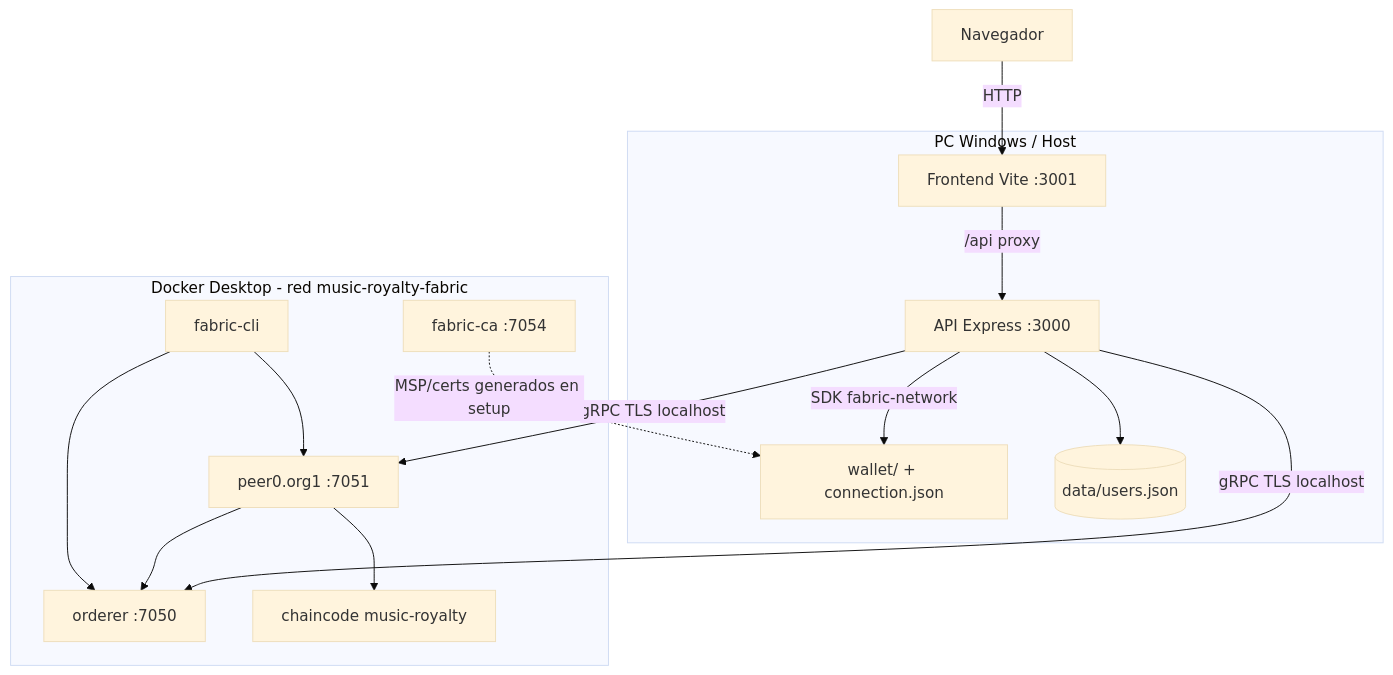
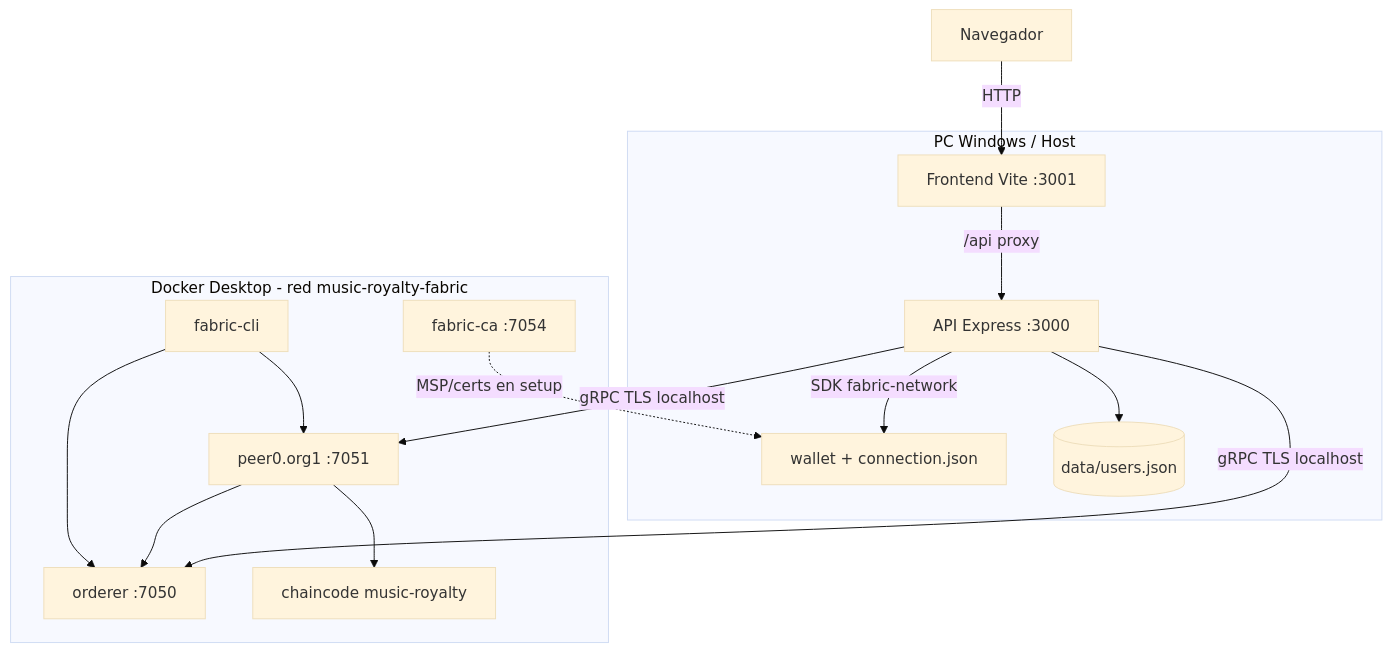
Before and after one commit to Mianjoy/Blockchain-Musical-: the first of 5 diagrams in README.md, drawn with Mermaid (base theme). The commit also changed other lines of this file and 20 other files, not shown here.

````diff
--- a/README.md
+++ b/README.md
@@ -49,29 +49,29 @@
 ```mermaid
 flowchart TB
-  subgraph host [PC Windows / Host]
-    UI[Frontend Vite :3001]
-    API[API Express :3000]
-    Wallet[wallet/ + connection.json]
-    Users[(data/users.json)]
+  subgraph host["PC Windows / Host"]
+    UI["Frontend Vite :3001"]
+    API["API Express :3000"]
+    Wallet["wallet + connection.json"]
+    Users[("data/users.json")]
   end
 
-  subgraph docker [Docker Desktop - red music-royalty-fabric]
-    CA[fabric-ca :7054]
-    ORD[orderer :7050]
-    PEER[peer0.org1 :7051]
-    CLI[fabric-cli]
-    CC[chaincode music-royalty]
+  subgraph docker["Docker Desktop - red music-royalty-fabric"]
+    CA["fabric-ca :7054"]
+    ORD["orderer :7050"]
+    PEER["peer0.org1 :7051"]
+    CLI["fabric-cli"]
+    CC["chaincode music-royalty"]
   end
 
-  UserBrowser[Navegador] -->|HTTP| UI
-  UI -->|/api proxy| API
+  UserBrowser["Navegador"] -->|HTTP| UI
+  UI -->|"/api proxy"| API
   API --> Users
   API -->|SDK fabric-network| Wallet
-  API -->|gRPC TLS localhost| PEER
-  API -->|gRPC TLS localhost| ORD
+  API -->|"gRPC TLS localhost"| PEER
+  API -->|"gRPC TLS localhost"| ORD
   PEER --> CC
   PEER --> ORD
   CLI --> PEER
   CLI --> ORD
-  CA -.->|MSP/certs generados en setup| Wallet
+  CA -.->|"MSP/certs en setup"| Wallet
 ```
````
